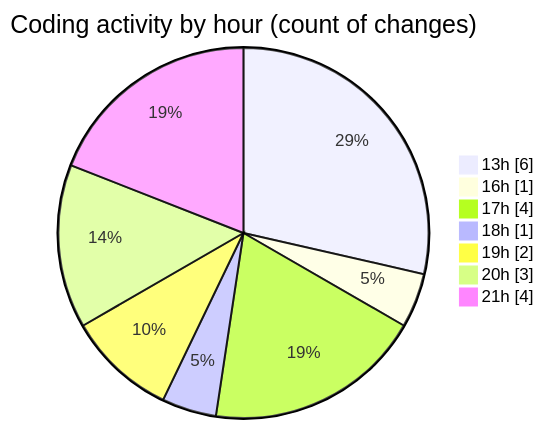
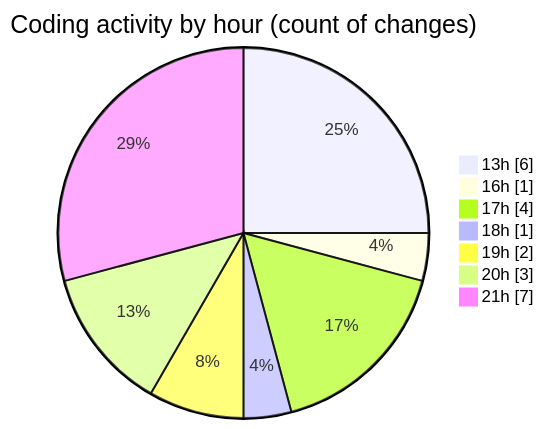
One commit to EIIisD/code-tracking changed the second of 2 diagrams in 2025-08-03/fish/README.md. Above: the diagram before and after it, drawn with Mermaid. The commit also changed other lines of this file and 1 other file, not shown here.

````diff
--- a/2025-08-03/fish/README.md
+++ b/2025-08-03/fish/README.md
@@ -32,11 +32,11 @@
 ```mermaid
 pie showData
 title Coding activity by hour (count of changes)
 "13h" : 6
 "16h" : 1
 "17h" : 4
 "18h" : 1
 "19h" : 2
 "20h" : 3
-"21h" : 4
+"21h" : 7
 ```
````
